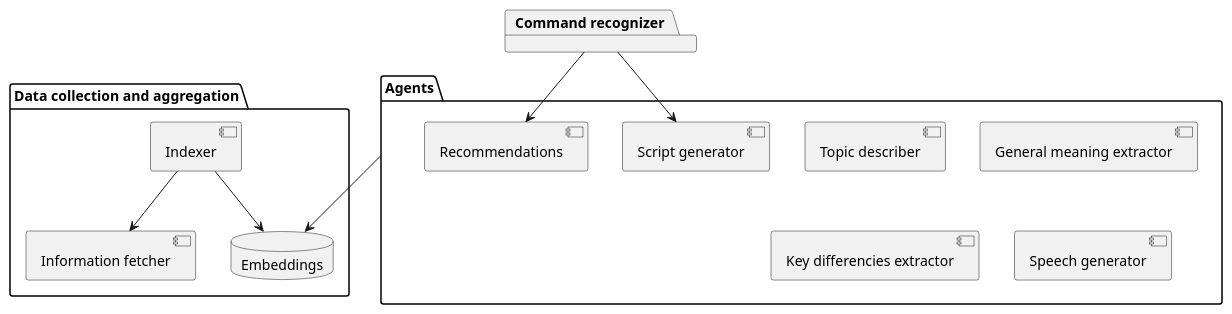
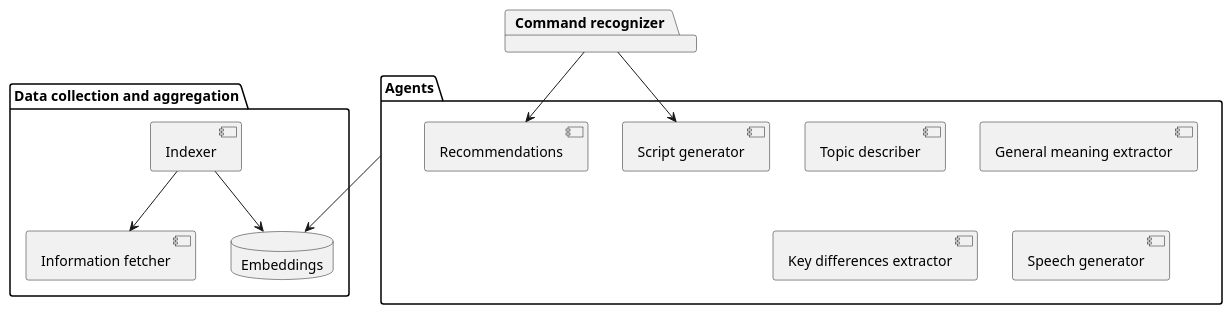
The diagram in README.org (ai-shift/11labs), drawn with PlantUML before and after one commit. The commit also changed other lines of this file and 6 other files, not shown here.

```diff
--- a/README.org
+++ b/README.org
@@ -5,34 +5,34 @@
 #+begin_src plantuml :file img/component-design.png
 package "Data collection and aggregation" {
   component "Information fetcher" {
 
   }
 
   component "Indexer" {
 
   }
 
   database "Embeddings" {
 
   }
 }
 
 package "Agents" {
   component "Script generator"
   component "Topic describer"
   component "General meaning extractor"
-  component "Key differencies extractor"
+  component "Key differences extractor"
   component "Recommendations"
   component "Speech generator"
 }
 
 package "Command recognizer" {
 
 }
 
 "Indexer" --> "Information fetcher"
 "Indexer" --> "Embeddings"
 "Agents" --> "Embeddings"
 "Command recognizer" --> "Script generator"
 "Command recognizer" --> "Recommendations"
 #+end_src
```
